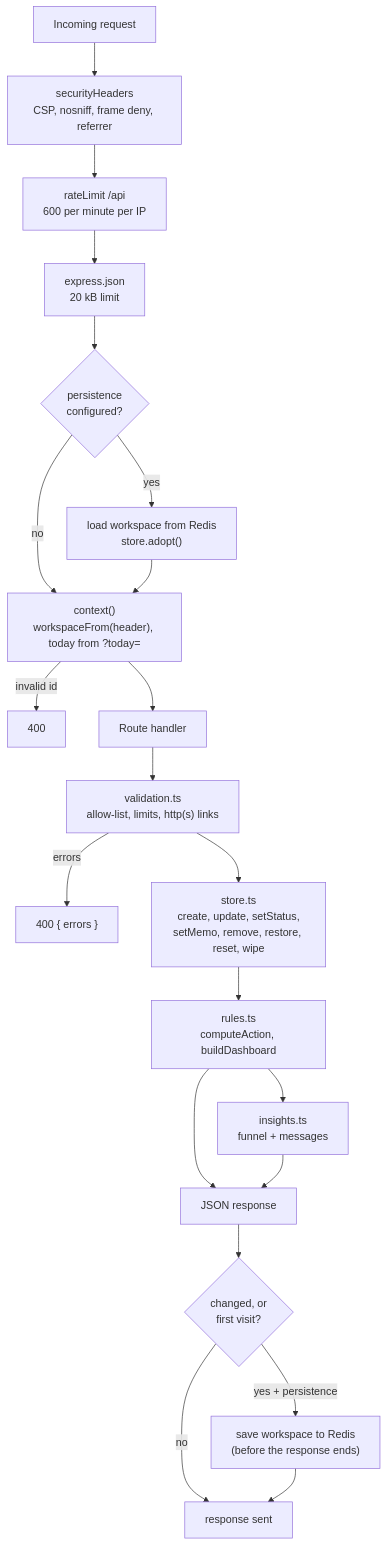
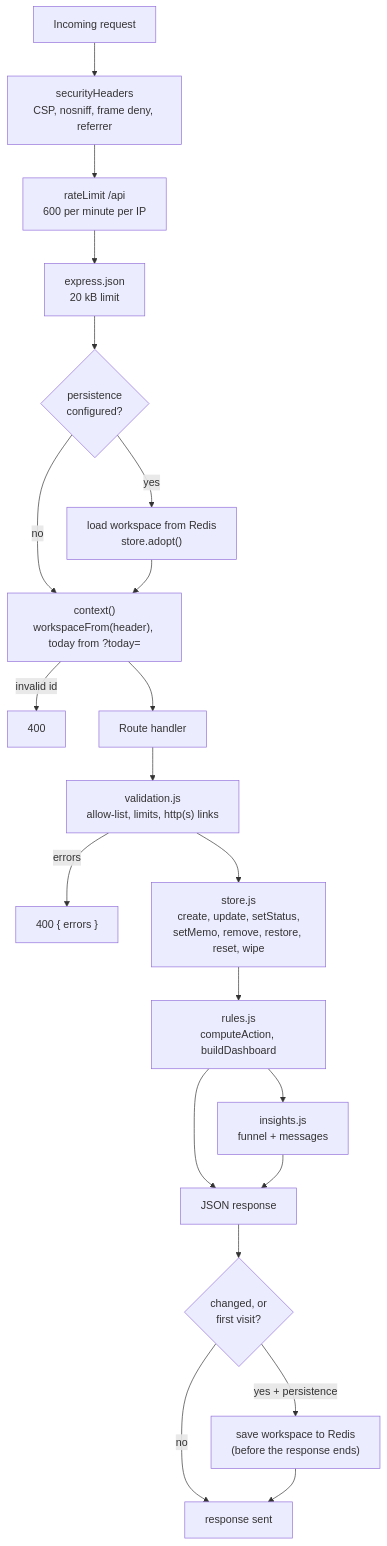
Before and after one commit to someone1709/404owasp: the third of 6 diagrams in docs/ARCHITECTURE.md, drawn with Mermaid. The commit also changed other lines of this file and 116 other files, not shown here.

````diff
--- a/docs/ARCHITECTURE.md
+++ b/docs/ARCHITECTURE.md
@@ -91,23 +91,23 @@
 ```mermaid
 flowchart TD
   REQ["Incoming request"] --> H["securityHeaders<br/>CSP, nosniff, frame deny, referrer"]
   H --> RL["rateLimit /api<br/>600 per minute per IP"]
   RL --> JSON["express.json<br/>20 kB limit"]
   JSON --> P{"persistence<br/>configured?"}
   P -- yes --> LOAD["load workspace from Redis<br/>store.adopt()"]
   P -- no --> CTX
   LOAD --> CTX["context()<br/>workspaceFrom(header), today from ?today="]
   CTX -- "invalid id" --> E400["400"]
   CTX --> ROUTE["Route handler"]
-  ROUTE --> V["validation.ts<br/>allow-list, limits, http(s) links"]
+  ROUTE --> V["validation.js<br/>allow-list, limits, http(s) links"]
   V -- "errors" --> E400V["400 { errors }"]
-  V --> STORE["store.ts<br/>create, update, setStatus,<br/>setMemo, remove, restore, reset, wipe"]
-  STORE --> R["rules.ts<br/>computeAction, buildDashboard"]
-  R --> INS["insights.ts<br/>funnel + messages"]
+  V --> STORE["store.js<br/>create, update, setStatus,<br/>setMemo, remove, restore, reset, wipe"]
+  STORE --> R["rules.js<br/>computeAction, buildDashboard"]
+  R --> INS["insights.js<br/>funnel + messages"]
   R --> OUT["JSON response"]
   INS --> OUT
   OUT --> SAVE{"changed, or<br/>first visit?"}
   SAVE -- "yes + persistence" --> RSAVE["save workspace to Redis<br/>(before the response ends)"]
   SAVE -- no --> DONE["response sent"]
   RSAVE --> DONE
 ```
````
